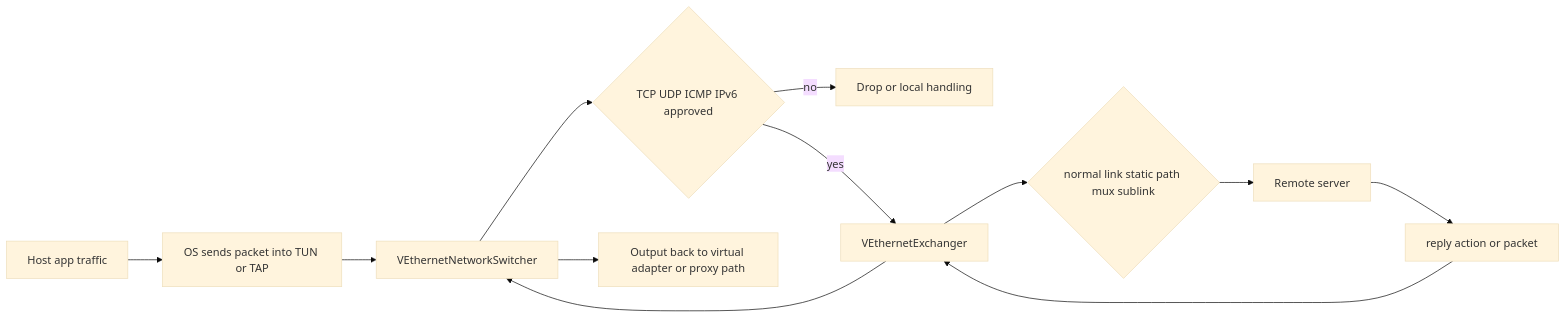
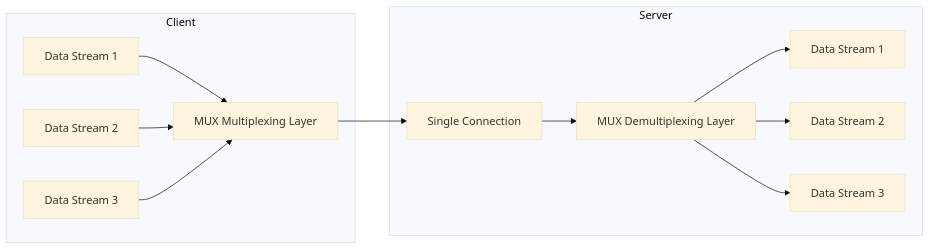
Before and after one commit to HyacinthHaru/openppp2: the tenth of 12 diagrams in docs/CLIENT_ARCHITECTURE.md, drawn with Mermaid (base theme). The commit also changed other lines of this file and 31 other files, not shown here.

````diff
--- a/docs/CLIENT_ARCHITECTURE.md
+++ b/docs/CLIENT_ARCHITECTURE.md
@@ -374,14 +383,17 @@
 ```mermaid
 flowchart LR
-    A[Host app traffic] --> B[OS sends packet into TUN or TAP]
-    B --> C[VEthernetNetworkSwitcher]
-    C --> D{TCP UDP ICMP IPv6 approved}
-    D -- no --> E[Drop or local handling]
-    D -- yes --> F[VEthernetExchanger]
-    F --> G{normal link static path mux sublink}
-    G --> H[Remote server]
-    H --> I[reply action or packet]
-    I --> F
-    F --> C
-    C --> J[Output back to virtual adapter or proxy path]
+    subgraph Client
+        A[Data Stream 1] --> B[MUX Multiplexing Layer]
+        C[Data Stream 2] --> B
+        D[Data Stream 3] --> B
+    end
+    
+    B --> E[Single Connection]
+    
+    subgraph Server
+        E --> F[MUX Demultiplexing Layer]
+        F --> G[Data Stream 1]
+        F --> H[Data Stream 2]
+        F --> I[Data Stream 3]
+    end
 ```
````
